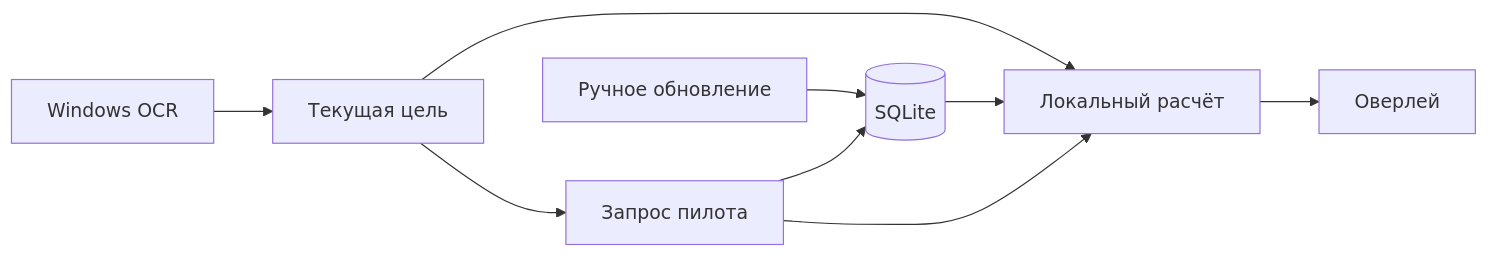
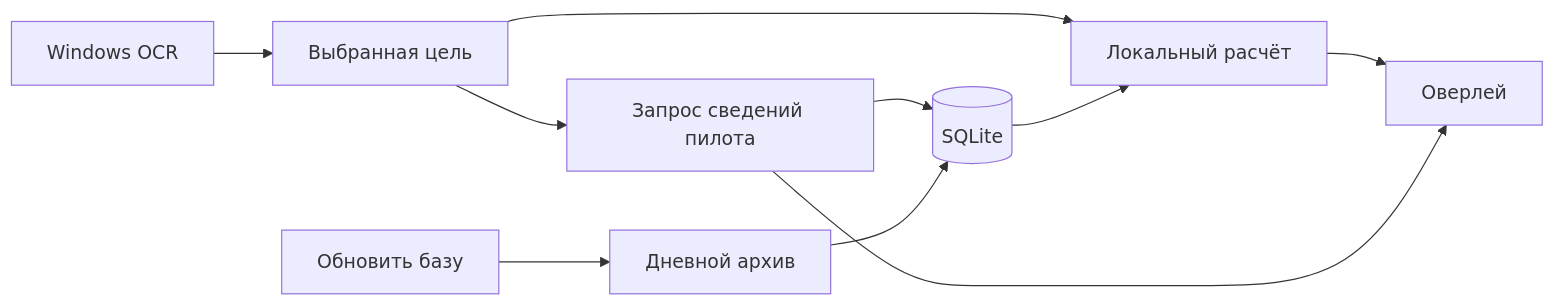
The diagram in docs/architecture.md (Haeniken/eve-combat-assistant), drawn with Mermaid before and after one commit. The commit also changed other lines of this file and 21 other files, not shown here.

````diff
--- a/docs/architecture.md
+++ b/docs/architecture.md
@@ -5,11 +5,12 @@
 ```mermaid
 flowchart LR
-    OCR[Windows OCR] --> Target[Текущая цель]
+    OCR[Windows OCR] --> Target[Выбранная цель]
     Target --> Analysis[Локальный расчёт]
     DB[(SQLite)] --> Analysis
     Analysis --> UI[Оверлей]
-    Target --> Pilot[Запрос пилота]
+    Target --> Pilot[Запрос сведений пилота]
     Pilot --> DB
-    Pilot --> Analysis
-    Manual[Ручное обновление] --> DB
+    Pilot --> UI
+    Manual[Обновить базу] --> Archive[Дневной архив]
+    Archive --> DB
 ```
````
